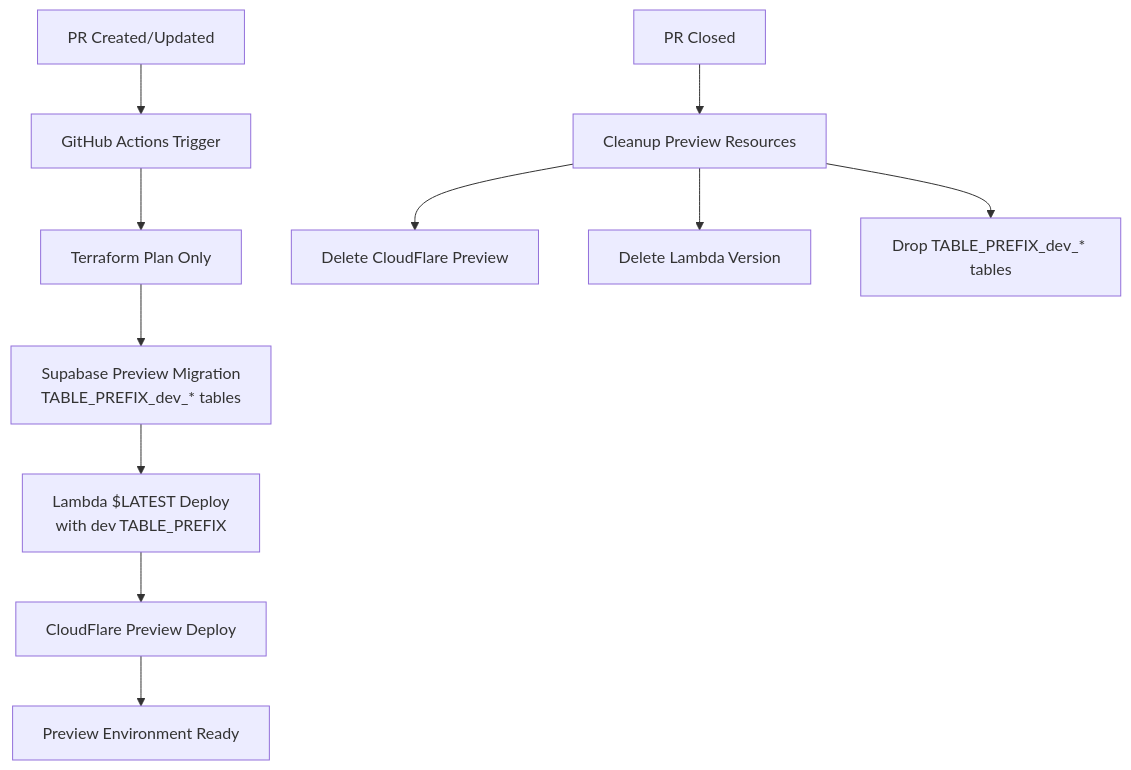
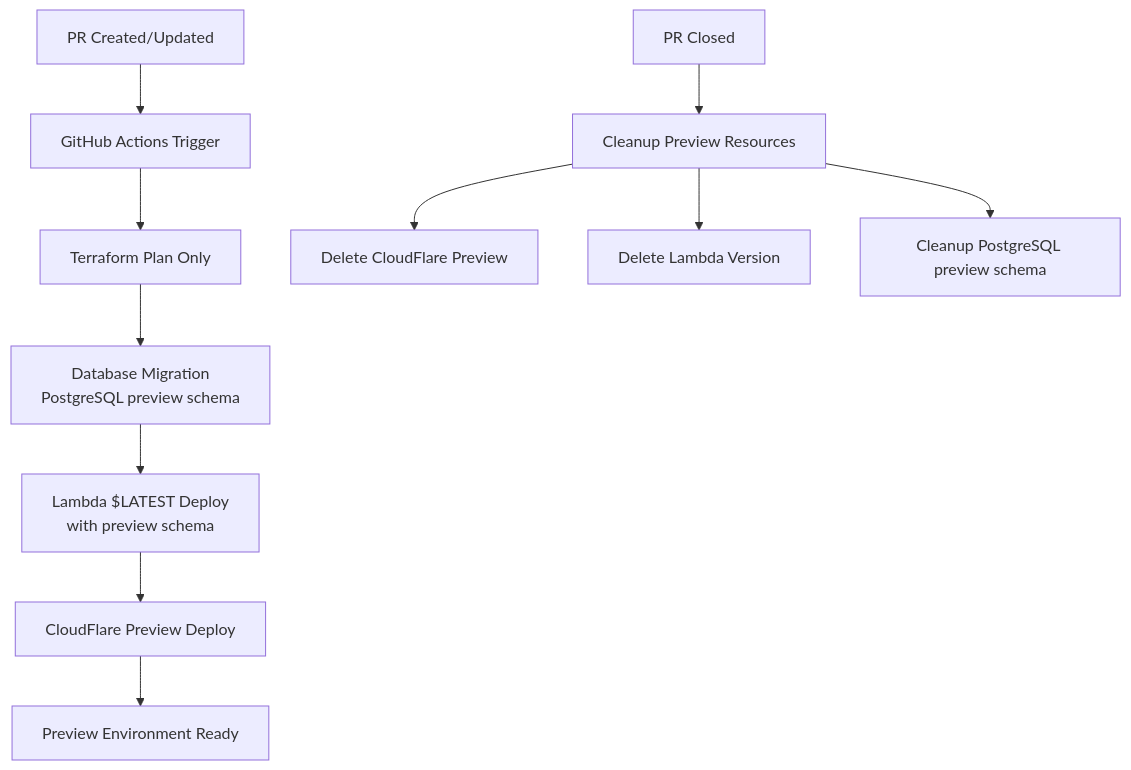
The second of 9 diagrams in docs/design/continuous-deployment/dataflow.md (rimanem18/hoxt-backlog), drawn with Mermaid before and after one commit. The commit also changed other lines of this file and 6 other files, not shown here.

````diff
--- a/docs/design/continuous-deployment/dataflow.md
+++ b/docs/design/continuous-deployment/dataflow.md
@@ -28,14 +34,14 @@
 ```mermaid
 flowchart TD
     A[PR Created/Updated] --> B[GitHub Actions Trigger]
     B --> C[Terraform Plan Only]
-    C --> D[Supabase Preview Migration<br/>TABLE_PREFIX_dev_* tables]
-    D --> E[Lambda $LATEST Deploy<br/>with dev TABLE_PREFIX]
+    C --> D[Database Migration<br/>PostgreSQL preview schema]
+    D --> E[Lambda $LATEST Deploy<br/>with preview schema]
     E --> F[CloudFlare Preview Deploy]
     F --> G[Preview Environment Ready]
     
     H[PR Closed] --> I[Cleanup Preview Resources]
     I --> J[Delete CloudFlare Preview]
     I --> K[Delete Lambda Version]
-    I --> L[Drop TABLE_PREFIX_dev_* tables]
+    I --> L[Cleanup PostgreSQL preview schema]
 ```
````
